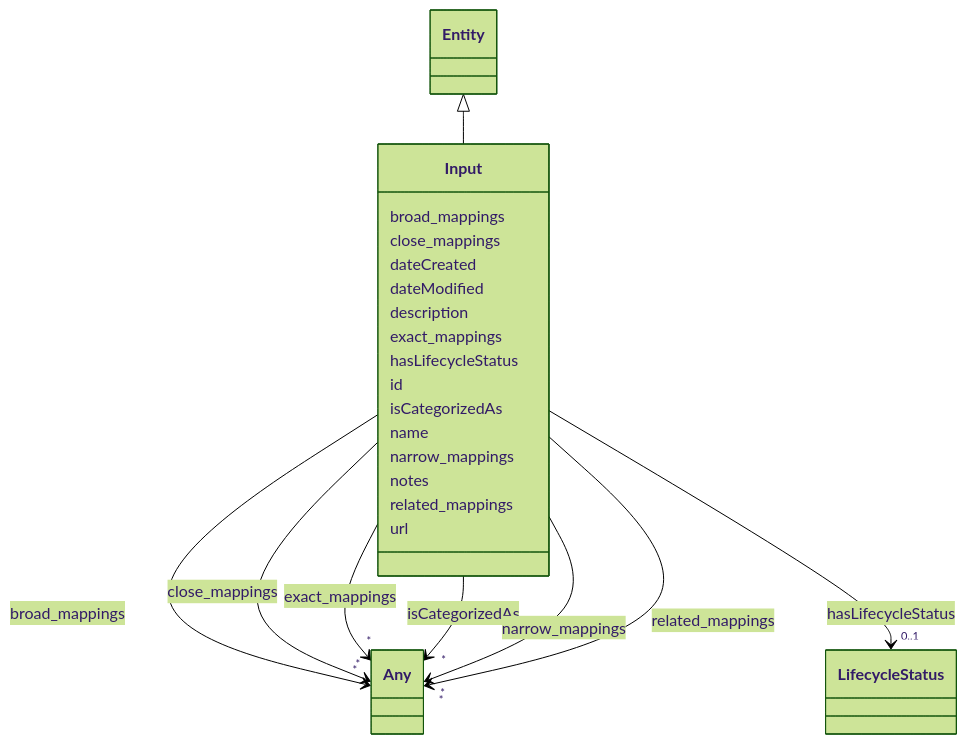
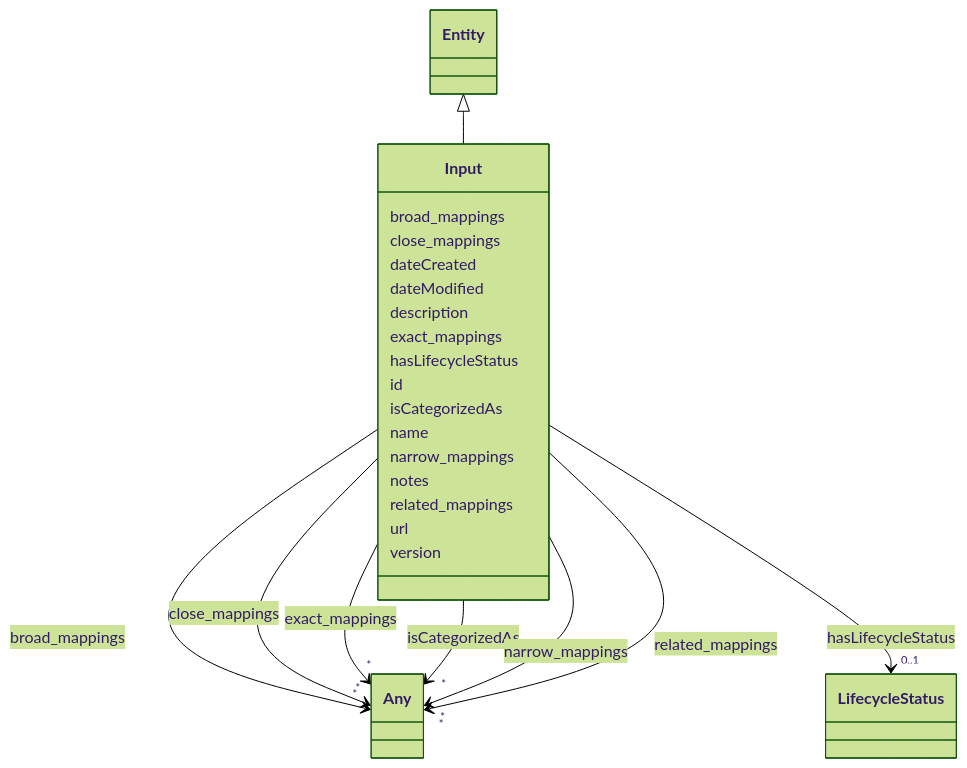
Before and after one commit to IBM/ai-atlas-nexus: the diagram in docs/ontology/Input.md, drawn with Mermaid (forest theme). The commit also changed other lines of this file and 101 other files, not shown here.

````diff
--- a/docs/ontology/Input.md
+++ b/docs/ontology/Input.md
@@ -109,5 +109,7 @@
 
       Input : url
 
+      Input : version
+
 
 ```
````
